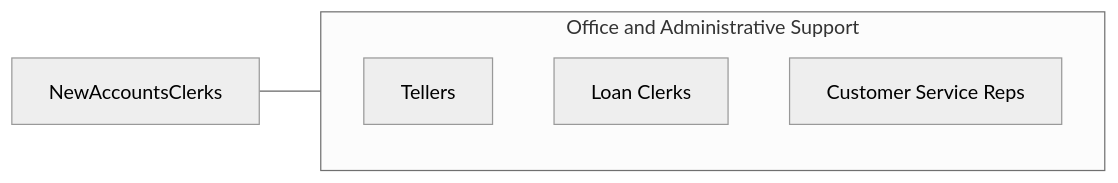
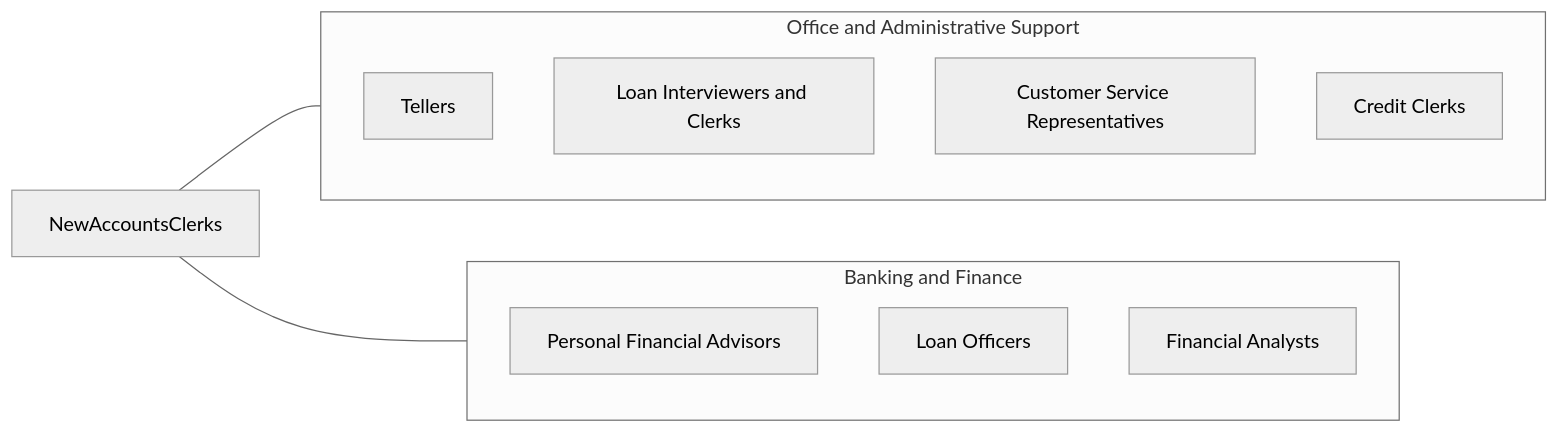
The fourth of 4 diagrams in occupations/Administrative/NewAccountsClerks.mdx (kziemski/business.org.ai), drawn with Mermaid (neutral theme) before and after one commit. The commit also changed other lines of this file and 19 other files, not shown here.

````diff
--- a/occupations/Administrative/NewAccountsClerks.mdx
+++ b/occupations/Administrative/NewAccountsClerks.mdx
@@ -100,10 +232,20 @@
 ```mermaid
 graph LR
     Current["NewAccountsClerks"]
+
     subgraph SameCategory["Office and Administrative Support"]
-        RTellers["Tellers"]
-        RLoanClerks["Loan Clerks"]
-        RCustomerServiceReps["Customer Service Reps"]
+        Tellers["Tellers"]
+        LoanClerks["Loan Interviewers and Clerks"]
+        CustomerServiceReps["Customer Service Representatives"]
+        CreditClerks["Credit Clerks"]
     end
+
+    subgraph CrossFunctional["Banking and Finance"]
+        PersonalBankers["Personal Financial Advisors"]
+        LoanOfficers["Loan Officers"]
+        FinancialAnalysts["Financial Analysts"]
+    end
+
     Current --- SameCategory
+    Current --- CrossFunctional
 ```
````
